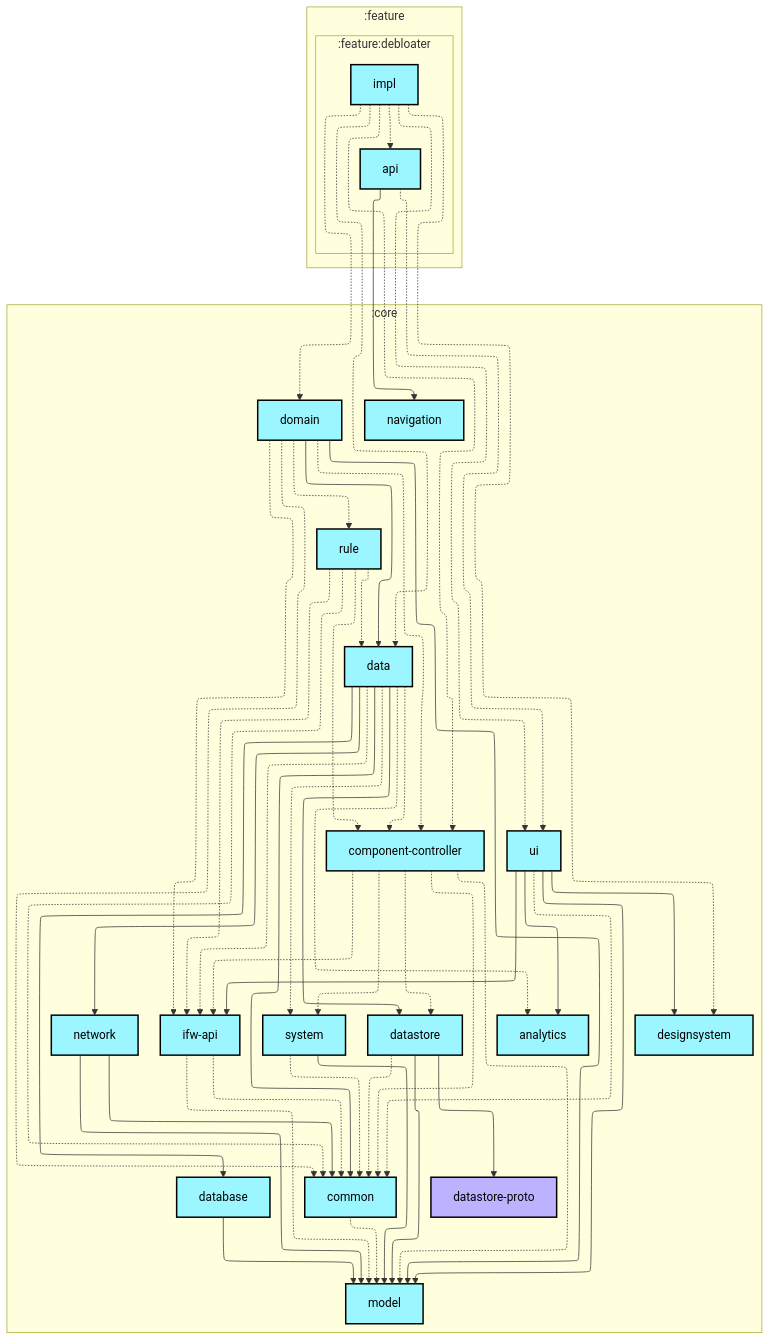
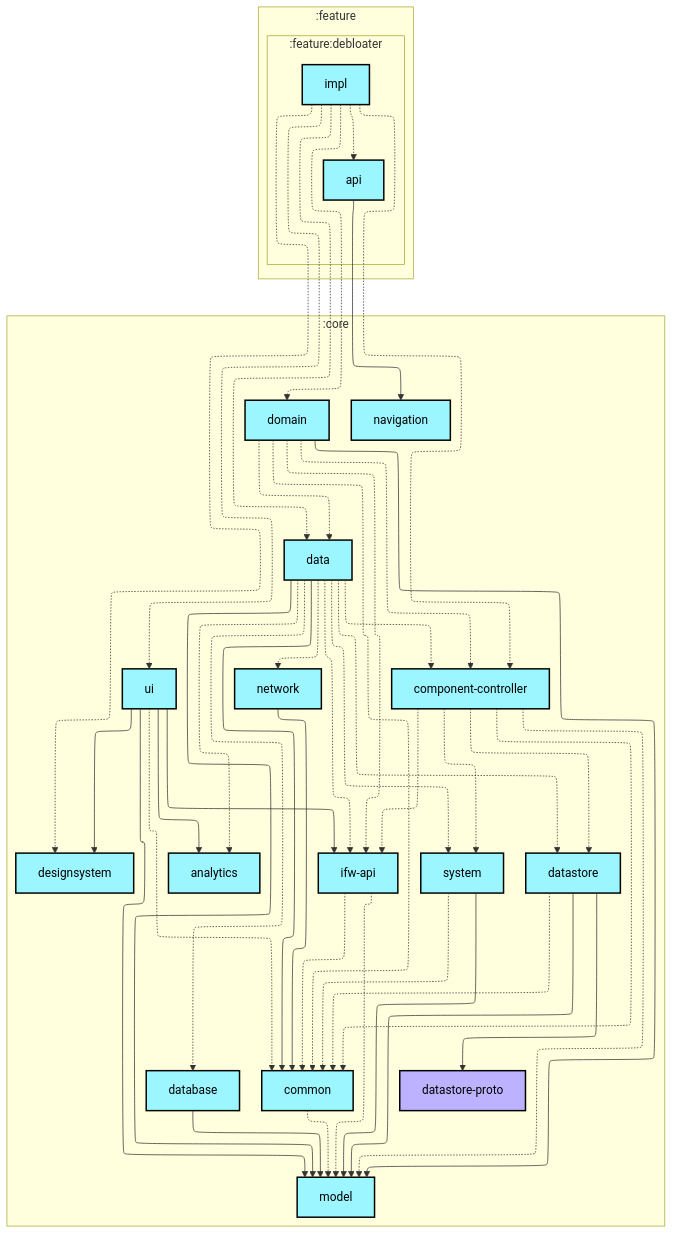
The first of 2 diagrams in feature/debloater/impl/README.md (lihenggui/blocker), drawn with Mermaid before and after one commit. The commit also changed 29 other files, not shown here.

First line of the commit message:
Update module dependency graphs after boundary cleanup

```diff
--- a/feature/debloater/impl/README.md
+++ b/feature/debloater/impl/README.md
@@ -34,7 +34,6 @@
     :core:model[model]:::android-library
     :core:navigation[navigation]:::android-library
     :core:network[network]:::android-library
-    :core:rule[rule]:::android-library
     :core:system[system]:::android-library
     :core:ui[ui]:::android-library
   end
@@ -48,10 +47,11 @@
   :core:data -.-> :core:analytics
   :core:data --> :core:common
   :core:data -.-> :core:component-controller
-  :core:data --> :core:database
-  :core:data --> :core:datastore
+  :core:data -.-> :core:database
+  :core:data -.-> :core:datastore
   :core:data -.-> :core:ifw-api
-  :core:data --> :core:network
+  :core:data --> :core:model
+  :core:data -.-> :core:network
   :core:data -.-> :core:system
   :core:database --> :core:model
   :core:datastore -.-> :core:common
@@ -59,18 +59,12 @@
   :core:datastore --> :core:model
   :core:domain -.-> :core:common
   :core:domain -.-> :core:component-controller
-  :core:domain --> :core:data
+  :core:domain -.-> :core:data
   :core:domain -.-> :core:ifw-api
   :core:domain --> :core:model
-  :core:domain -.-> :core:rule
   :core:ifw-api -.-> :core:common
   :core:ifw-api -.-> :core:model
   :core:network --> :core:common
-  :core:network --> :core:model
-  :core:rule -.-> :core:common
-  :core:rule -.-> :core:component-controller
-  :core:rule -.-> :core:data
-  :core:rule -.-> :core:ifw-api
   :core:system -.-> :core:common
   :core:system --> :core:model
   :core:ui --> :core:analytics
@@ -79,7 +73,6 @@
   :core:ui --> :core:ifw-api
   :core:ui --> :core:model
   :feature:debloater:api --> :core:navigation
-  :feature:debloater:api -.-> :core:ui
   :feature:debloater:impl -.-> :core:component-controller
   :feature:debloater:impl -.-> :core:data
   :feature:debloater:impl -.-> :core:designsystem
```
